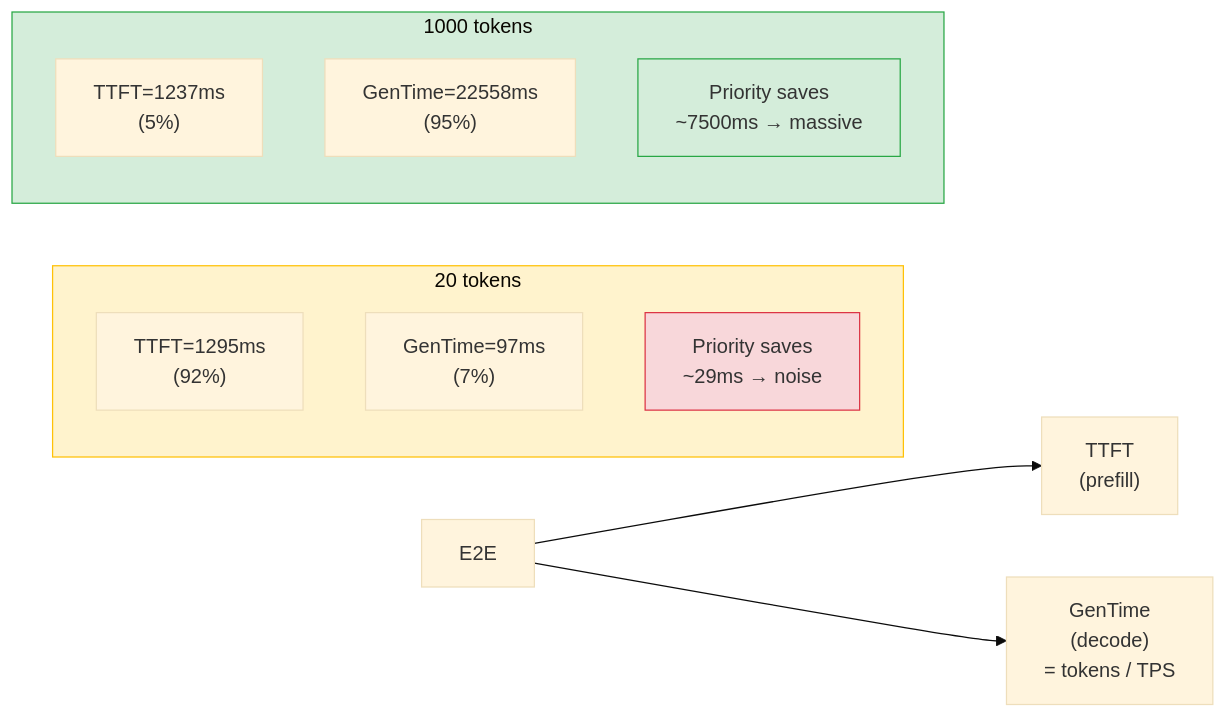
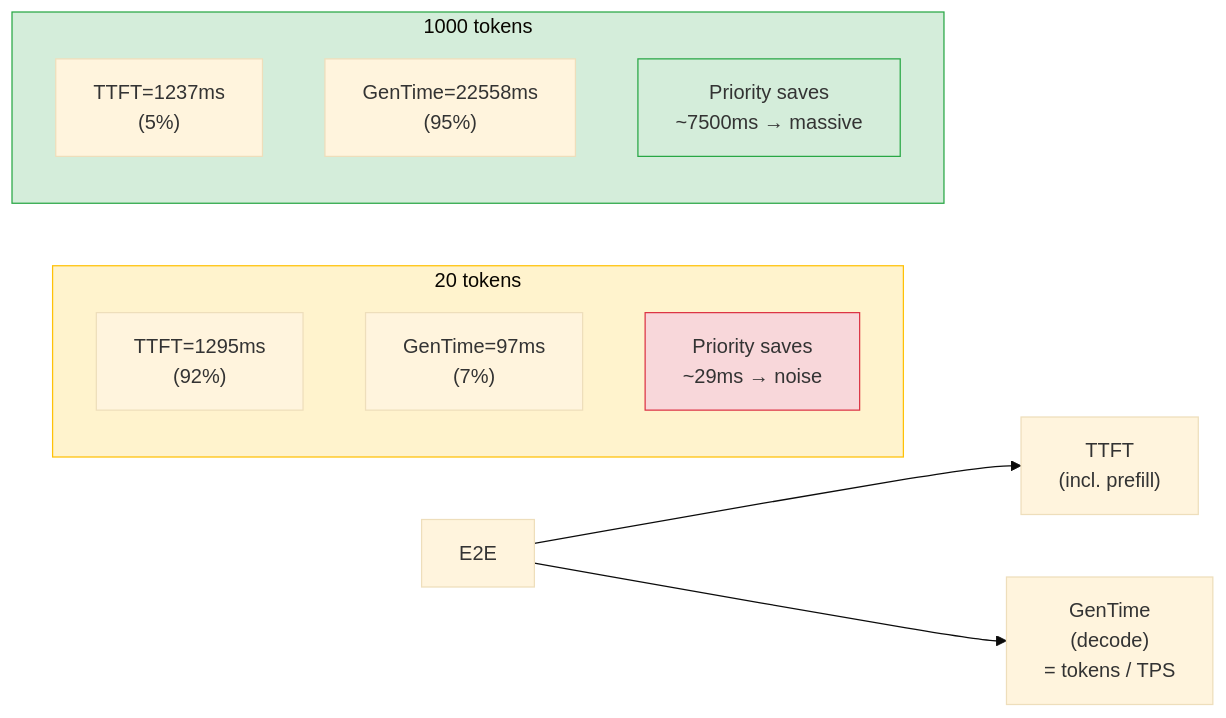
One commit to david-xinyuwei/david-share changed the first of 3 diagrams in Agents/AOAI-Priority-Processing-Benchmark/README.md. Above: the diagram before and after it, drawn with Mermaid (base theme). The commit also changed other lines of this file and 1 other file, not shown here.

Commit message:
Fix: TTFT (prefill) → TTFT (incl. prefill) — TTFT includes network+scheduling+prefill, not just prefill

````diff
--- a/Agents/AOAI-Priority-Processing-Benchmark/README.md
+++ b/Agents/AOAI-Priority-Processing-Benchmark/README.md
@@ -21,22 +21,22 @@
 ```mermaid
 flowchart LR
-    E2E["E2E"] --> TTFT["TTFT<br/>(prefill)"]
+    E2E["E2E"] --> TTFT["TTFT<br/>(incl. prefill)"]
     E2E --> GenTime["GenTime<br/>(decode)<br/>= tokens / TPS"]
     
     subgraph S20["20 tokens"]
         T20["TTFT=1295ms<br/>(92%)"]
         G20["GenTime=97ms<br/>(7%)"]
         R20["Priority saves<br/>~29ms → noise"]
     end
     
     subgraph S1000["1000 tokens"]
         T1000["TTFT=1237ms<br/>(5%)"]
         G1000["GenTime=22558ms<br/>(95%)"]
         R1000["Priority saves<br/>~7500ms → massive"]
     end
     
     style S20 fill:#fff3cd,stroke:#ffc107
     style S1000 fill:#d4edda,stroke:#28a745
     style R20 fill:#f8d7da,stroke:#dc3545
     style R1000 fill:#d4edda,stroke:#28a745
 ```
````
